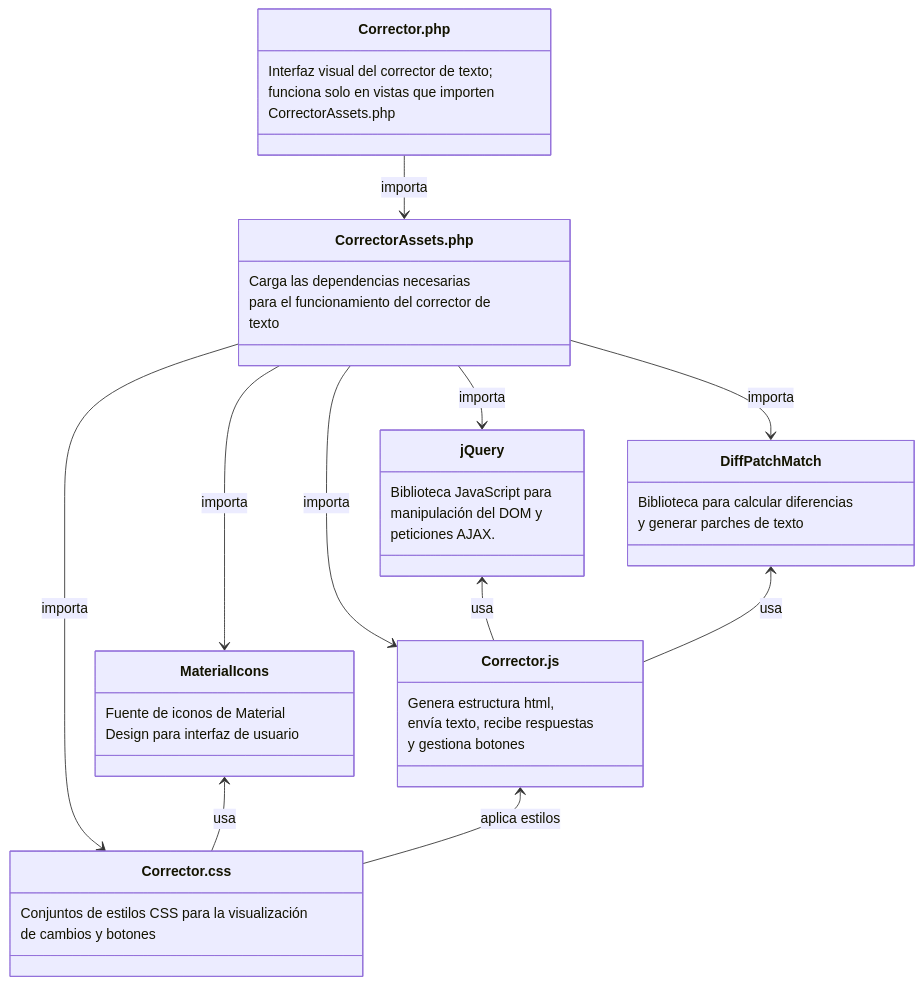
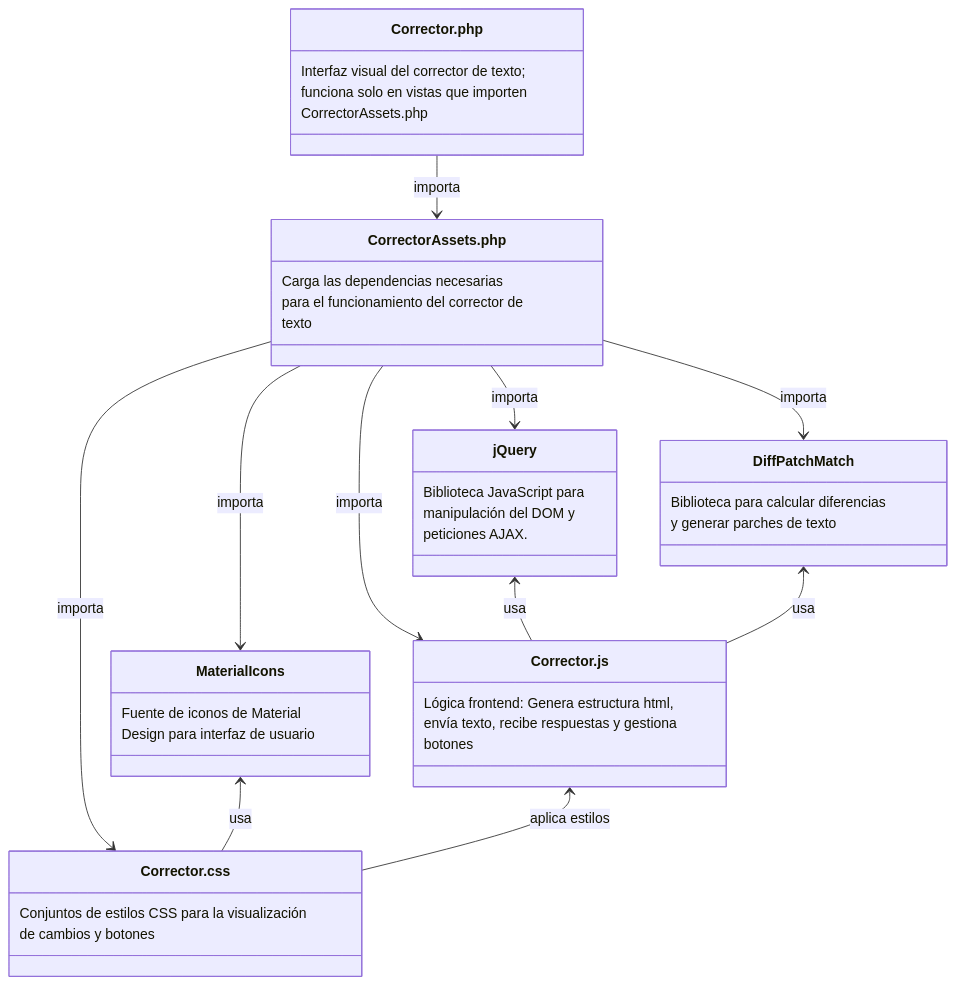
Before and after one commit to SaanRM/notas-sintecto: the second of 3 diagrams in docs/IA/Proyectos/CorrectorDeTexto.md, drawn with Mermaid. The commit also changed other lines of this file, not shown here.

````diff
--- a/docs/IA/Proyectos/CorrectorDeTexto.md
+++ b/docs/IA/Proyectos/CorrectorDeTexto.md
@@ -81,60 +81,60 @@
 ```mermaid
 
 classDiagram
     direction TB
 
     class Corrector.php {
         Interfaz visual del corrector de texto; 
         funciona solo en vistas que importen 
         CorrectorAssets.php
     }
 
     %% View y Assets (descripciones)
     class CorrectorAssets.php {
         Carga las dependencias necesarias 
         para el funcionamiento del corrector de 
         texto
     }
 
     Corrector.php --> CorrectorAssets.php : importa
 
     %% Ficheros estáticos manejados por Assets (descripciones)
     class Corrector.js {
-        Genera estructura html,
-        envía texto, recibe respuestas 
-        y gestiona botones
+        Lógica frontend: Genera estructura html,
+        envía texto, recibe respuestas y gestiona
+        botones
     }
     class DiffPatchMatch {
         Biblioteca para calcular diferencias 
         y generar parches de texto
     }
     class Corrector.css {
         Conjuntos de estilos CSS para la visualización 
         de cambios y botones
     }
 
     class jQuery {
         Biblioteca JavaScript para 
         manipulación del DOM y 
         peticiones AJAX.
     }
     class MaterialIcons {
         Fuente de iconos de Material
         Design para interfaz de usuario
     }
 
     %% Relaciones front-end
     CorrectorAssets.php --> Corrector.js : importa
     CorrectorAssets.php --> DiffPatchMatch : importa
     CorrectorAssets.php --> Corrector.css : importa
     CorrectorAssets.php --> jQuery : importa
     CorrectorAssets.php --> MaterialIcons : importa
 
     MaterialIcons <-- Corrector.css : usa
     jQuery <-- Corrector.js : usa
     DiffPatchMatch <-- Corrector.js : usa
 
     %% Flujo AJAX
     Corrector.js <-- Corrector.css : aplica estilos
 
 ```
````
